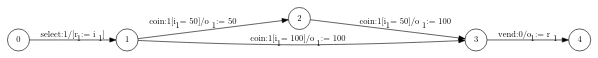
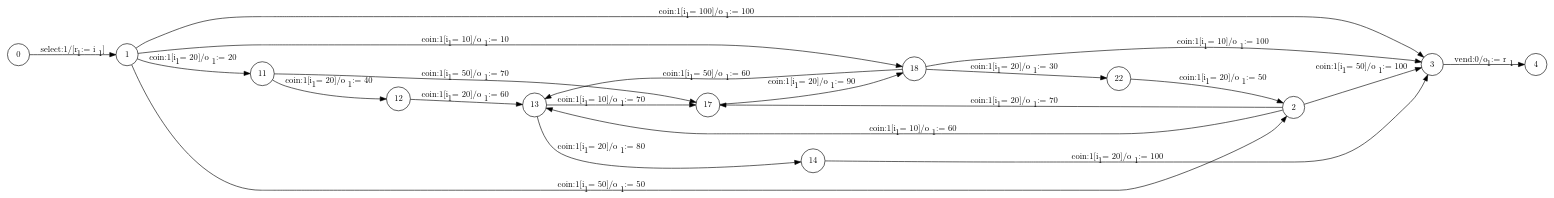
The diagram in inference-tool/dotfiles/vend1.dot (jmafoster1/efsm-inference), drawn with Graphviz before and after one commit. The commit also changed 12 other files, not shown here.

```diff
--- a/inference-tool/dotfiles/vend1.dot
+++ b/inference-tool/dotfiles/vend1.dot
@@ -1,10 +1,25 @@
 digraph EFSM{
 graph [rankdir="LR", fontname="Latin Modern Math"];
 node [color="black", fillcolor="white", shape="circle", style="filled", fontname="Latin Modern Math"];
 edge [fontname="Latin Modern Math"];
 0->1[label=<select:1/&#91;r<sub>1</sub> := i<sub>1</sub>&#93;>]
+1->11[label=<coin:1&#91;i<sub>1</sub> = 20&#93;/o<sub>1</sub> := 20>]
+1->18[label=<coin:1&#91;i<sub>1</sub> = 10&#93;/o<sub>1</sub> := 10>]
 1->2[label=<coin:1&#91;i<sub>1</sub> = 50&#93;/o<sub>1</sub> := 50>]
 1->3[label=<coin:1&#91;i<sub>1</sub> = 100&#93;/o<sub>1</sub> := 100>]
+11->12[label=<coin:1&#91;i<sub>1</sub> = 20&#93;/o<sub>1</sub> := 40>]
+11->17[label=<coin:1&#91;i<sub>1</sub> = 50&#93;/o<sub>1</sub> := 70>]
+12->13[label=<coin:1&#91;i<sub>1</sub> = 20&#93;/o<sub>1</sub> := 60>]
+13->14[label=<coin:1&#91;i<sub>1</sub> = 20&#93;/o<sub>1</sub> := 80>]
+13->17[label=<coin:1&#91;i<sub>1</sub> = 10&#93;/o<sub>1</sub> := 70>]
+14->3[label=<coin:1&#91;i<sub>1</sub> = 20&#93;/o<sub>1</sub> := 100>]
+17->18[label=<coin:1&#91;i<sub>1</sub> = 20&#93;/o<sub>1</sub> := 90>]
+18->13[label=<coin:1&#91;i<sub>1</sub> = 50&#93;/o<sub>1</sub> := 60>]
+18->22[label=<coin:1&#91;i<sub>1</sub> = 20&#93;/o<sub>1</sub> := 30>]
+18->3[label=<coin:1&#91;i<sub>1</sub> = 10&#93;/o<sub>1</sub> := 100>]
+2->13[label=<coin:1&#91;i<sub>1</sub> = 10&#93;/o<sub>1</sub> := 60>]
+2->17[label=<coin:1&#91;i<sub>1</sub> = 20&#93;/o<sub>1</sub> := 70>]
 2->3[label=<coin:1&#91;i<sub>1</sub> = 50&#93;/o<sub>1</sub> := 100>]
+22->2[label=<coin:1&#91;i<sub>1</sub> = 20&#93;/o<sub>1</sub> := 50>]
 3->4[label=<vend:0/o<sub>1</sub> := r<sub>1</sub>>]
 }
```
